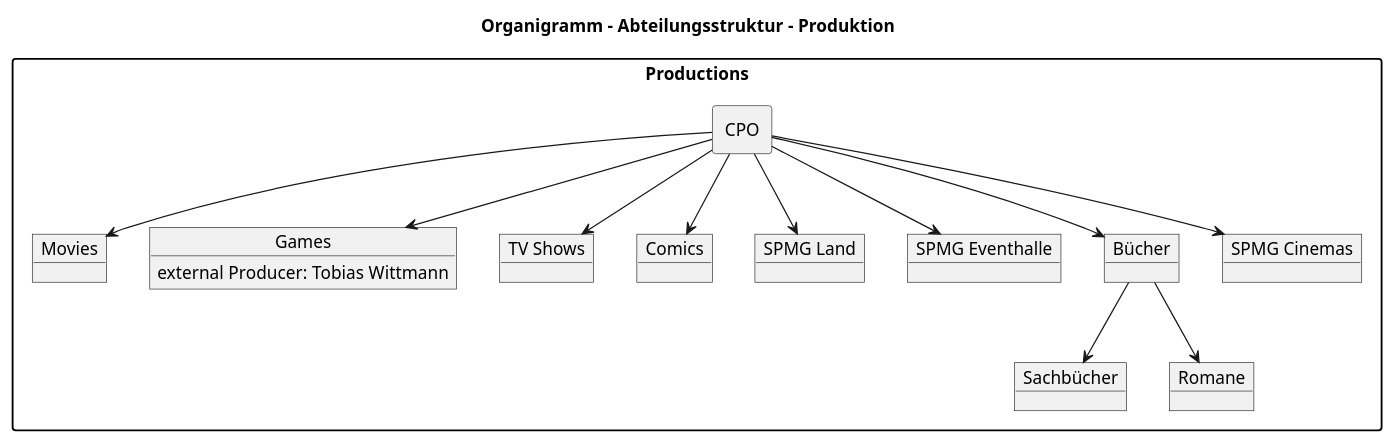
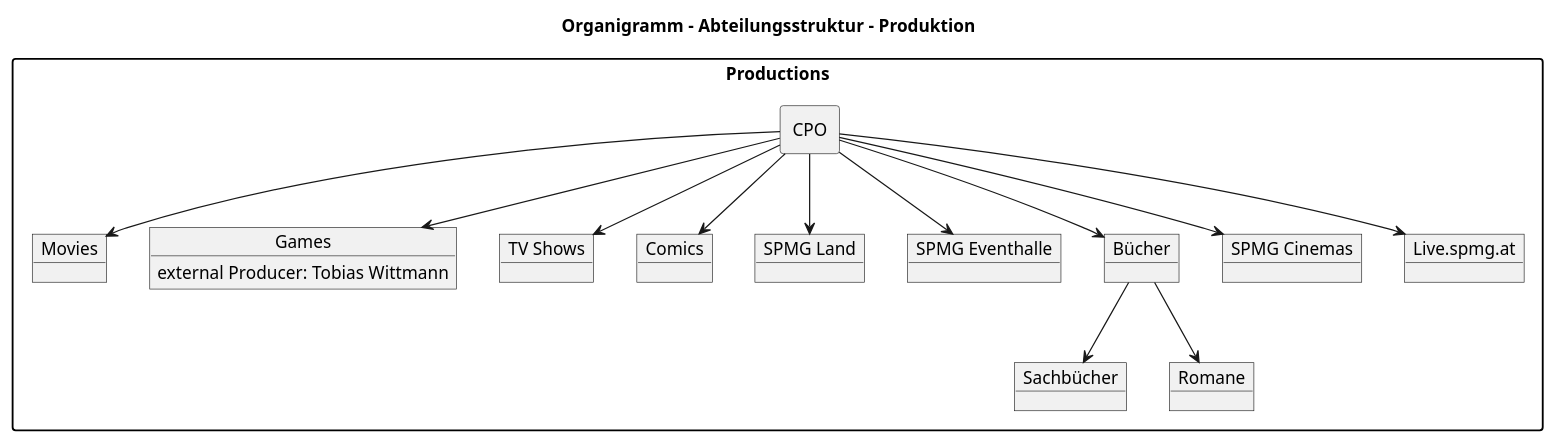
The diagram in chapters/Products_Projects.adoc (Stiller-und-Partner-Mediengruppe-GmbH/SPMG.Conceptplan), drawn with PlantUML before and after one commit. The commit also changed other lines of this file and 3 other files, not shown here.

Commit message:
Update 21.04.2026: Adding Chapter( GuestServices &  Hospitality) & Expanding Products (Live.spmg.at); Resolving issue #2 & issue #3

```diff
--- a/chapters/Products_Projects.adoc
+++ b/chapters/Products_Projects.adoc
@@ -5,48 +5,50 @@
 [plantuml, org-chart-productions, svg]
 ----
 @startuml
 skinparam packageStyle rectangle
 
 ' Dieser Befehl erlaubt das Mischen von verschiedenen Elementtypen (Object & Rectangle)
 allowmixing
 
 ' Definition eines Styles für reinen Text
 skinparam rectangle<<text>> {
     BackgroundColor transparent
     BorderColor transparent
     Shadowing false
 }
 
 title Organigramm - Abteilungsstruktur - Produktion
 
 package "Productions" as PROD {
     rectangle "CPO" as CPO
     object "Movies" as MPU
     object "Games" as GPU{
      external Producer: Tobias Wittmann
 }
     object "TV Shows" as TVU
     object "Comics" as CPU
     object "SPMG Land" as SPL
     object "SPMG Eventhalle" as SPEH
     object "Bücher" as BUE
     Object "Sachbücher" as SBUE
     Object "Romane" as ROMS
     Object "SPMG Cinemas" as SCIN
+    Object "Live.spmg.at" as LIVE
 
 
     CPO -down-> MPU
     CPO -down-> GPU
     CPO -down-> TVU
     CPO -down-> CPU
     CPO -down-> SPL
     CPO -down-> SPEH
     CPO -down-> BUE
     BUE -down-> SBUE
     BUE -down-> ROMS
     CPO -down-> SCIN
+    CPO -down-> LIVE
 } 
 
 
 @enduml
 ----
```
